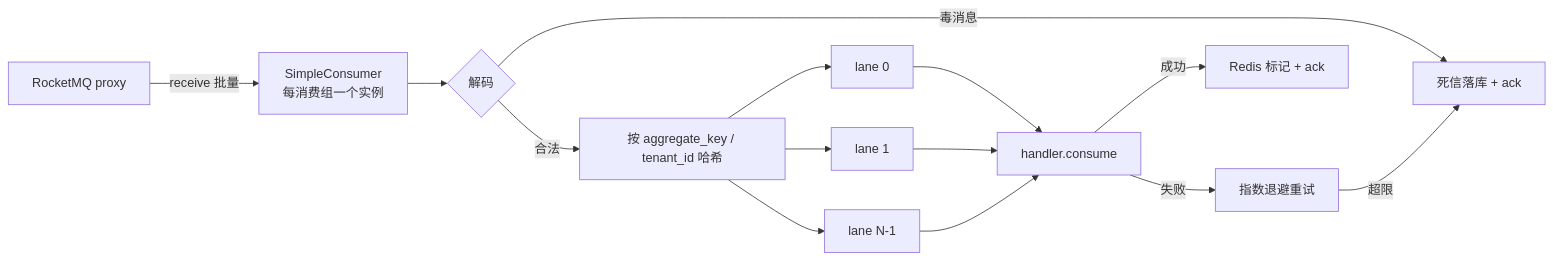
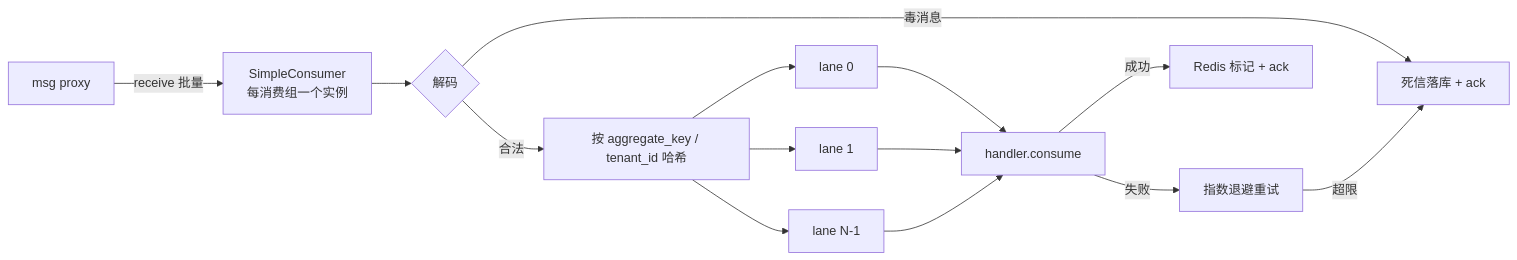
One commit to minjian123/basic-management-system changed the diagram in bms文档/项目/08_通用能力/任务/01_异步底座/01_异步底座_01_事件总线/设计/01_详细设计_01_事件总线.md. Above: the diagram before and after it, drawn with Mermaid. The commit also changed other lines of this file and 118 other files, not shown here.

````diff
--- a/bms文档/项目/08_通用能力/任务/01_异步底座/01_异步底座_01_事件总线/设计/01_详细设计_01_事件总线.md
+++ b/bms文档/项目/08_通用能力/任务/01_异步底座/01_异步底座_01_事件总线/设计/01_详细设计_01_事件总线.md
@@ -217,16 +219,16 @@
 ```mermaid
 flowchart LR
-    A[RocketMQ proxy] -->|receive 批量| B[SimpleConsumer<br/>每消费组一个实例]
+    A[msg proxy] -->|receive 批量| B[SimpleConsumer<br/>每消费组一个实例]
     B --> C{解码}
     C -->|毒消息| D[死信落库 + ack]
     C -->|合法| E[按 aggregate_key / tenant_id 哈希]
     E --> F[lane 0]
     E --> G[lane 1]
     E --> H[lane N-1]
     F --> I[handler.consume]
     G --> I
     H --> I
     I -->|成功| J[Redis 标记 + ack]
     I -->|失败| K[指数退避重试]
     K -->|超限| D
 ```
````
